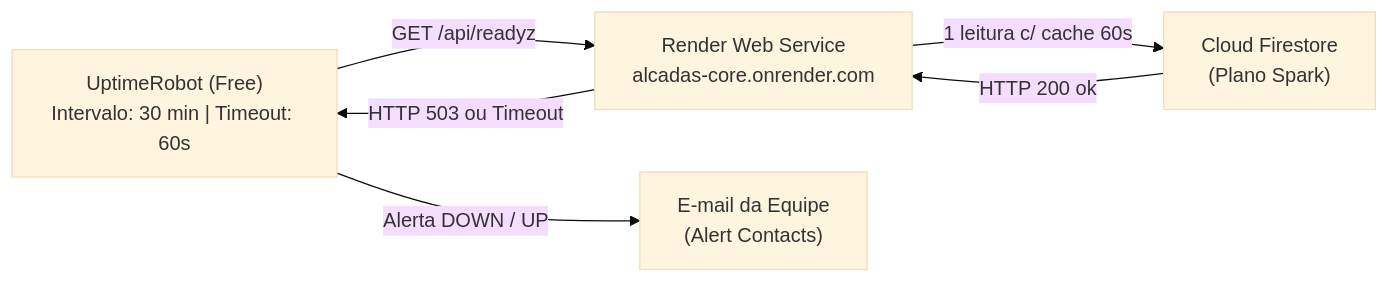
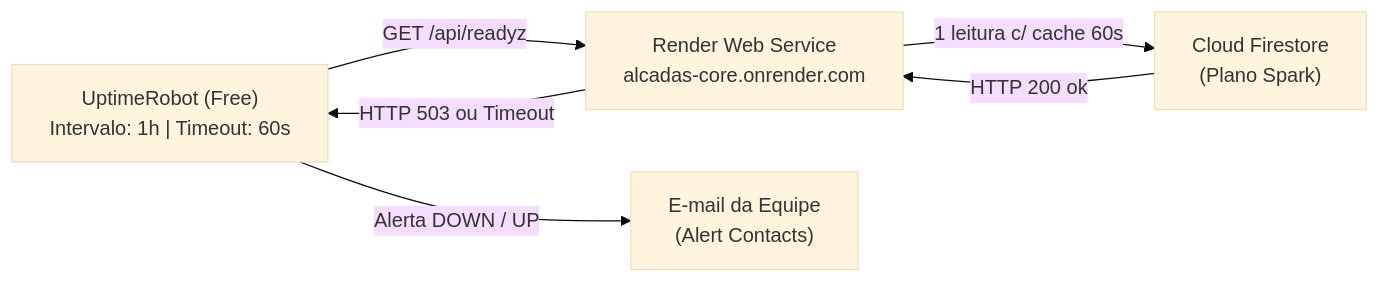
Before and after one commit to Alcadas/alcadas-core: the diagram in docs/cloud/monitoramento-uptime-rollback.md, drawn with Mermaid (base theme). The commit also changed other lines of this file and 3 other files, not shown here.

````diff
--- a/docs/cloud/monitoramento-uptime-rollback.md
+++ b/docs/cloud/monitoramento-uptime-rollback.md
@@ -9,8 +9,8 @@
 ```mermaid
 flowchart LR
-    UR["UptimeRobot (Free)\nIntervalo: 30 min | Timeout: 60s"] -->|GET /api/readyz| API["Render Web Service\nalcadas-core.onrender.com"]
+    UR["UptimeRobot (Free)\nIntervalo: 1h | Timeout: 60s"] -->|GET /api/readyz| API["Render Web Service\nalcadas-core.onrender.com"]
     API -->|1 leitura c/ cache 60s| FS["Cloud Firestore\n(Plano Spark)"]
     FS -->|HTTP 200 ok| API
     API -->|HTTP 503 ou Timeout| UR
     UR -->|Alerta DOWN / UP| EMAIL["E-mail da Equipe\n(Alert Contacts)"]
 ```
````
